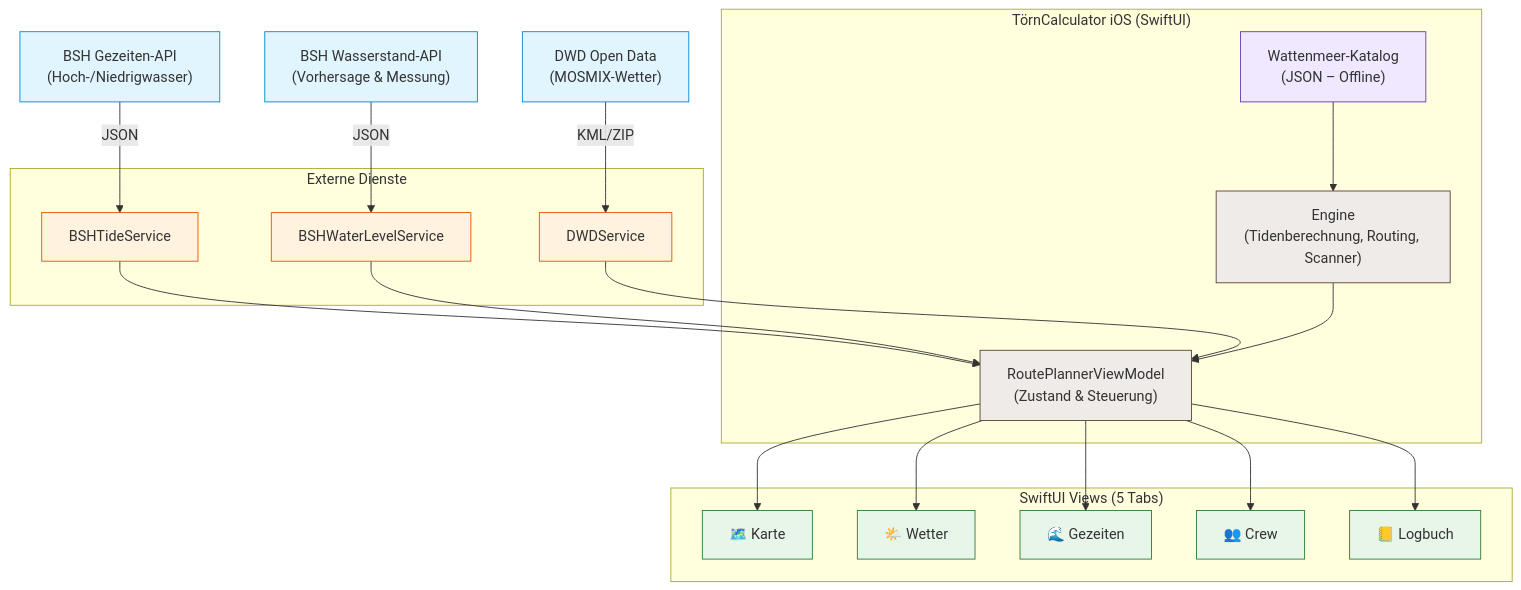
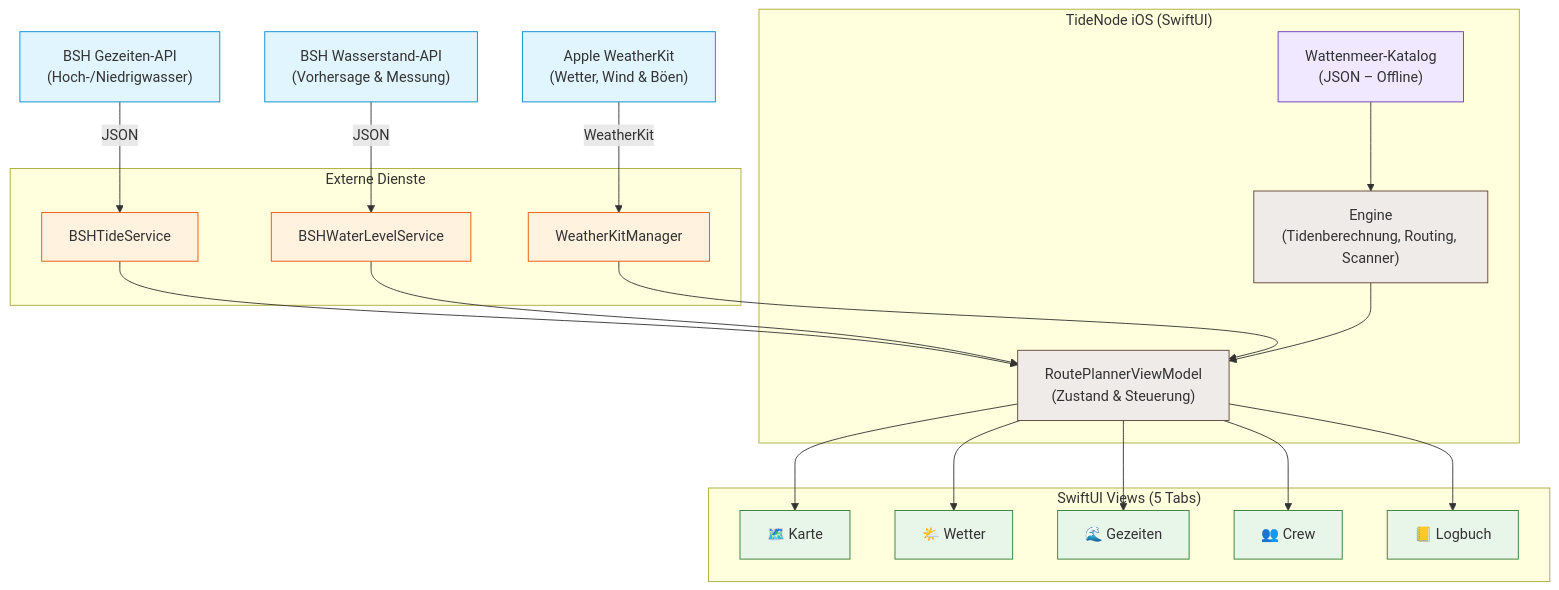
Before and after one commit to everybodydaniel/Toernberechnung-iOS: the first of 2 diagrams in README.md, drawn with Mermaid. The commit also changed other lines of this file and 109 other files, not shown here.

````diff
--- a/README.md
+++ b/README.md
@@ -106,46 +107,46 @@
 ```mermaid
 graph TD
     BSH["BSH Gezeiten-API<br/>(Hoch-/Niedrigwasser)"]:::source
     BSHWL["BSH Wasserstand-API<br/>(Vorhersage & Messung)"]:::source
-    DWD["DWD Open Data<br/>(MOSMIX-Wetter)"]:::source
+    APPLE["Apple WeatherKit<br/>(Wetter, Wind & Böen)"]:::source
 
-    subgraph App ["TörnCalculator iOS (SwiftUI)"]
+    subgraph App ["TideNode iOS (SwiftUI)"]
         VM["RoutePlannerViewModel<br/>(Zustand & Steuerung)"]:::core
         ENGINE["Engine<br/>(Tidenberechnung, Routing, Scanner)"]:::core
         CATALOG["Wattenmeer-Katalog<br/>(JSON – Offline)"]:::storage
     end
 
     subgraph Services ["Externe Dienste"]
         BSHS["BSHTideService"]:::service
         BSHWLS["BSHWaterLevelService"]:::service
-        DWDS["DWDService"]:::service
+        WKS["WeatherKitManager"]:::service
     end
 
     subgraph UI ["SwiftUI Views (5 Tabs)"]
         MAP["🗺️ Karte"]:::client
         WEATHER["🌤️ Wetter"]:::client
         TIDES["🌊 Gezeiten"]:::client
         CREW["👥 Crew"]:::client
         LOG["📒 Logbuch"]:::client
     end
 
     BSH -->|JSON| BSHS
     BSHWL -->|JSON| BSHWLS
-    DWD -->|KML/ZIP| DWDS
+    APPLE -->|WeatherKit| WKS
     BSHS --> VM
     BSHWLS --> VM
-    DWDS --> VM
+    WKS --> VM
     CATALOG --> ENGINE
     ENGINE --> VM
     VM --> MAP
     VM --> WEATHER
     VM --> TIDES
     VM --> CREW
     VM --> LOG
 
     classDef source fill:#e1f5fe,stroke:#0288d1,stroke-width:1px;
     classDef core fill:#efebe9,stroke:#5d4037,stroke-width:1px;
     classDef storage fill:#efe8ff,stroke:#673ab7,stroke-width:1px;
     classDef service fill:#fff3e0,stroke:#e65100,stroke-width:1px;
     classDef client fill:#e8f5e9,stroke:#2e7d32,stroke-width:1px;
 ```
````
